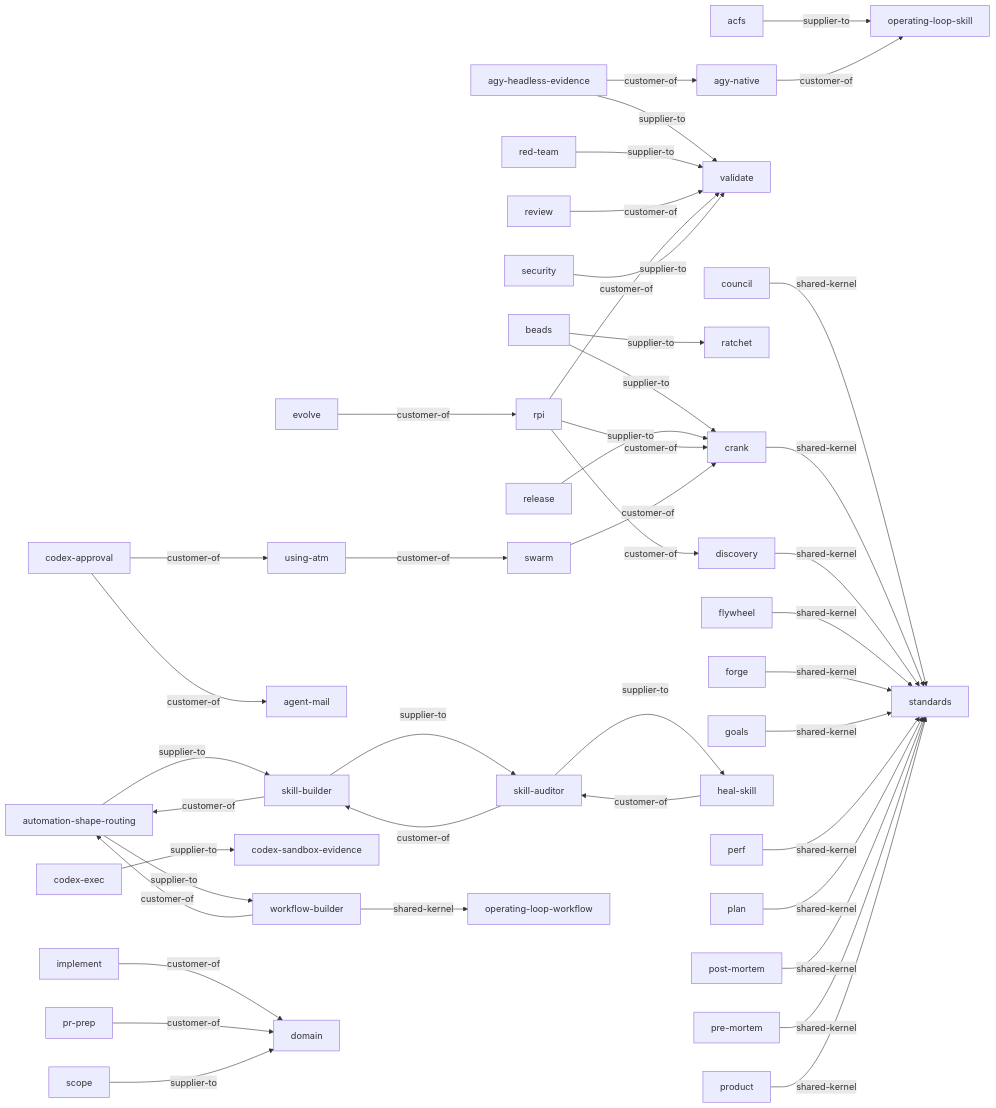
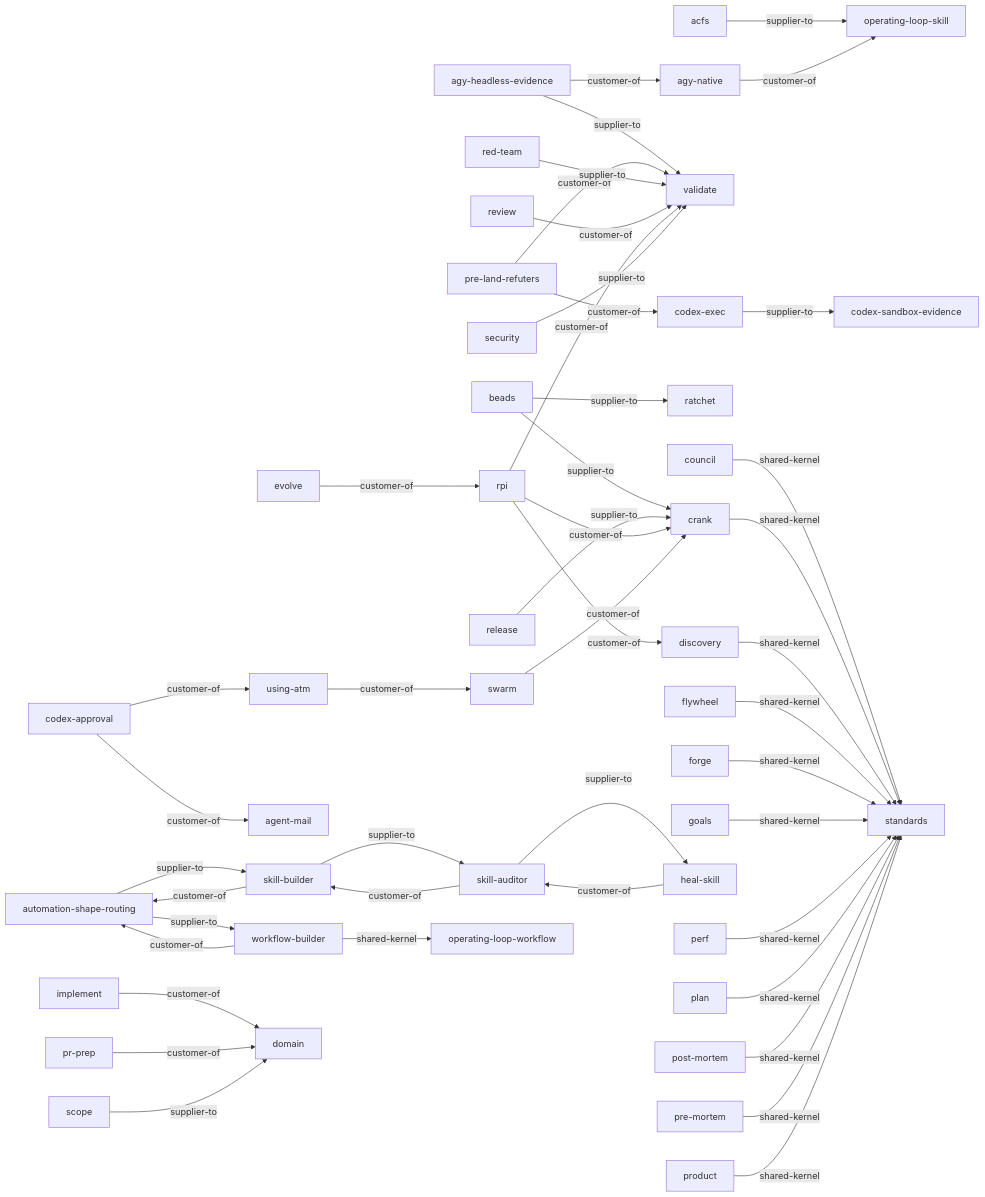
One commit to boshu2/agentops changed the diagram in docs/contracts/context-map.md. Above: the diagram before and after it, drawn with Mermaid. The commit also changed other lines of this file and 19 other files, not shown here.

First line of the commit message:
feat(skills): pre-land-refuters — unbiased dual-model validation panel before landing (ag-48ybr-adjacent; pattern codified from ag-s43tg)

````diff
--- a/docs/contracts/context-map.md
+++ b/docs/contracts/context-map.md
@@ -97,45 +98,47 @@
 ```mermaid
 graph LR
   acfs -- "supplier-to" --> operating-loop-skill
   agy-headless-evidence -- "customer-of" --> agy-native
   agy-headless-evidence -- "supplier-to" --> validate
   agy-native -- "customer-of" --> operating-loop-skill
   automation-shape-routing -- "supplier-to" --> skill-builder
   automation-shape-routing -- "supplier-to" --> workflow-builder
   beads -- "supplier-to" --> crank
   beads -- "supplier-to" --> ratchet
   codex-approval -- "customer-of" --> agent-mail
   codex-approval -- "customer-of" --> using-atm
   codex-exec -- "supplier-to" --> codex-sandbox-evidence
   council -- "shared-kernel" --> standards
   crank -- "shared-kernel" --> standards
   discovery -- "shared-kernel" --> standards
   evolve -- "customer-of" --> rpi
   flywheel -- "shared-kernel" --> standards
   forge -- "shared-kernel" --> standards
   goals -- "shared-kernel" --> standards
   heal-skill -- "customer-of" --> skill-auditor
   implement -- "customer-of" --> domain
   perf -- "shared-kernel" --> standards
   plan -- "shared-kernel" --> standards
   post-mortem -- "shared-kernel" --> standards
   pr-prep -- "customer-of" --> domain
+  pre-land-refuters -- "customer-of" --> codex-exec
+  pre-land-refuters -- "customer-of" --> validate
   pre-mortem -- "shared-kernel" --> standards
   product -- "shared-kernel" --> standards
   red-team -- "supplier-to" --> validate
   release -- "supplier-to" --> crank
   review -- "customer-of" --> validate
   rpi -- "customer-of" --> crank
   rpi -- "customer-of" --> discovery
   rpi -- "customer-of" --> validate
   scope -- "supplier-to" --> domain
   security -- "supplier-to" --> validate
   skill-auditor -- "supplier-to" --> heal-skill
   skill-auditor -- "customer-of" --> skill-builder
   skill-builder -- "customer-of" --> automation-shape-routing
   skill-builder -- "supplier-to" --> skill-auditor
   swarm -- "customer-of" --> crank
   using-atm -- "customer-of" --> swarm
   workflow-builder -- "customer-of" --> automation-shape-routing
   workflow-builder -- "shared-kernel" --> operating-loop-workflow
 ```
````
